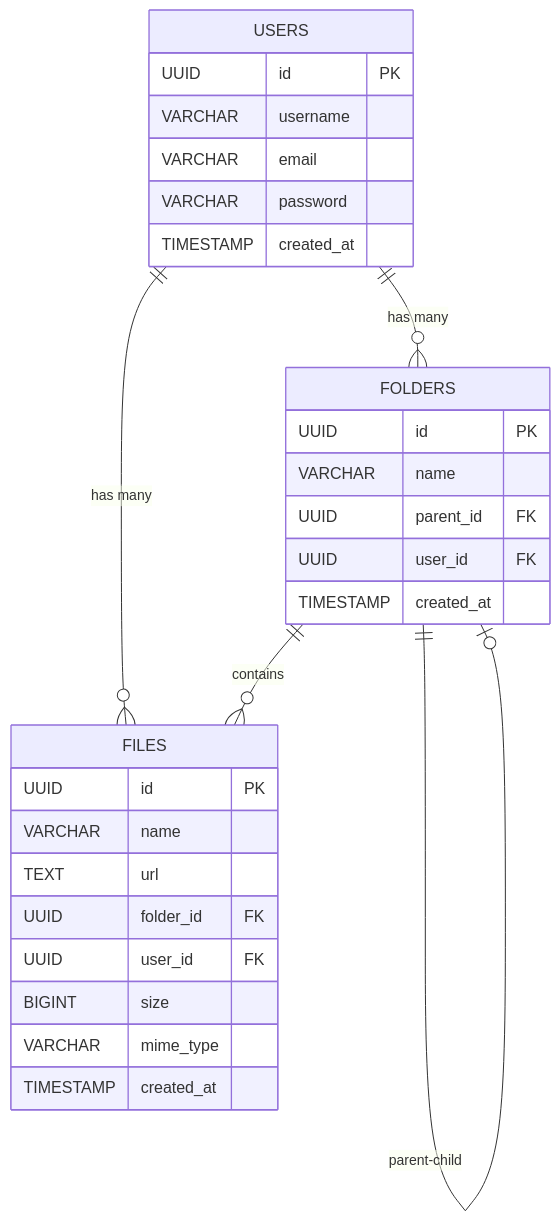
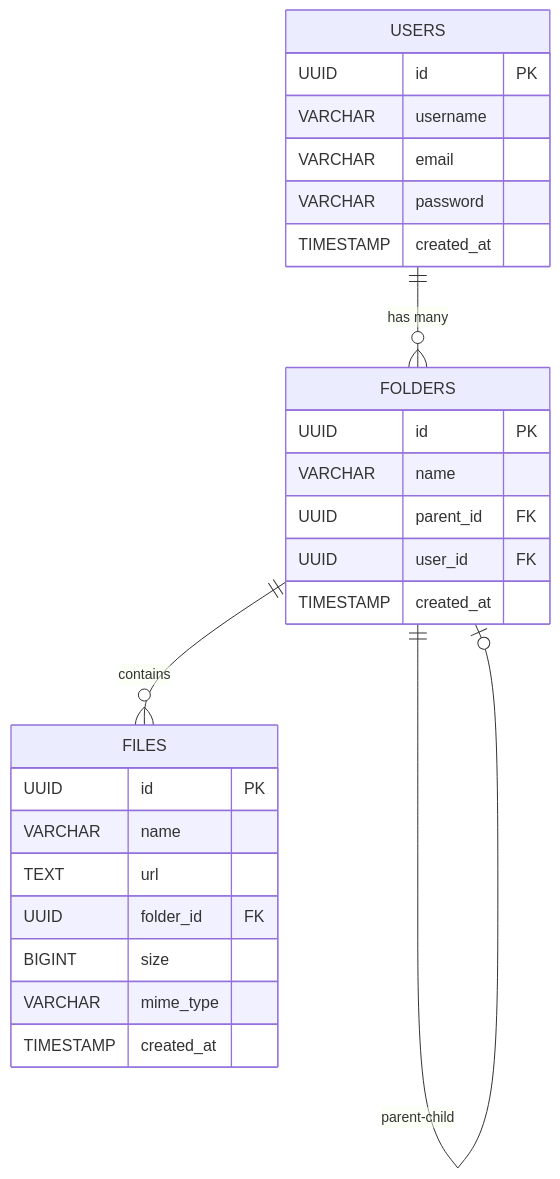
One commit to ehdlg/file-uploader changed the diagram in docs/database.md. Above: the diagram before and after it, drawn with Mermaid.

Commit message:
feat(docs): delete relation between user and files tables

````diff
--- a/docs/database.md
+++ b/docs/database.md
@@ -3,34 +3,32 @@
 ```mermaid
 erDiagram
     USERS {
         UUID id PK
         VARCHAR username
         VARCHAR email
         VARCHAR password
         TIMESTAMP created_at
     }
 
     FOLDERS {
         UUID id PK
         VARCHAR name
         UUID parent_id FK
         UUID user_id FK
         TIMESTAMP created_at
     }
 
     FILES {
         UUID id PK
         VARCHAR name
         TEXT url
         UUID folder_id FK
-        UUID user_id FK
         BIGINT size
         VARCHAR mime_type
         TIMESTAMP created_at
     }
 
     USERS ||--o{ FOLDERS : "has many"
-    USERS ||--o{ FILES : "has many"
     FOLDERS ||--o{ FILES : "contains"
     FOLDERS ||--o| FOLDERS : "parent-child"
 ```
````
